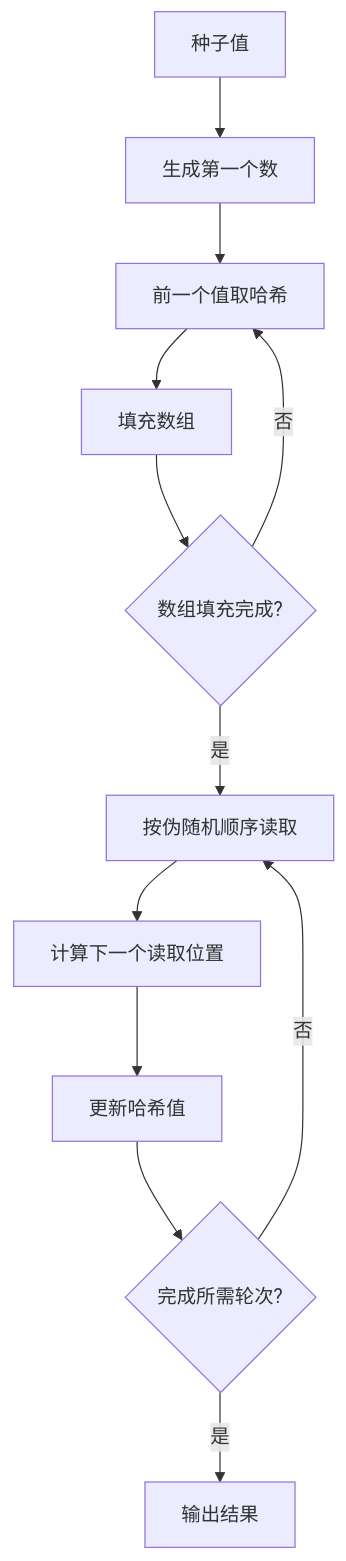
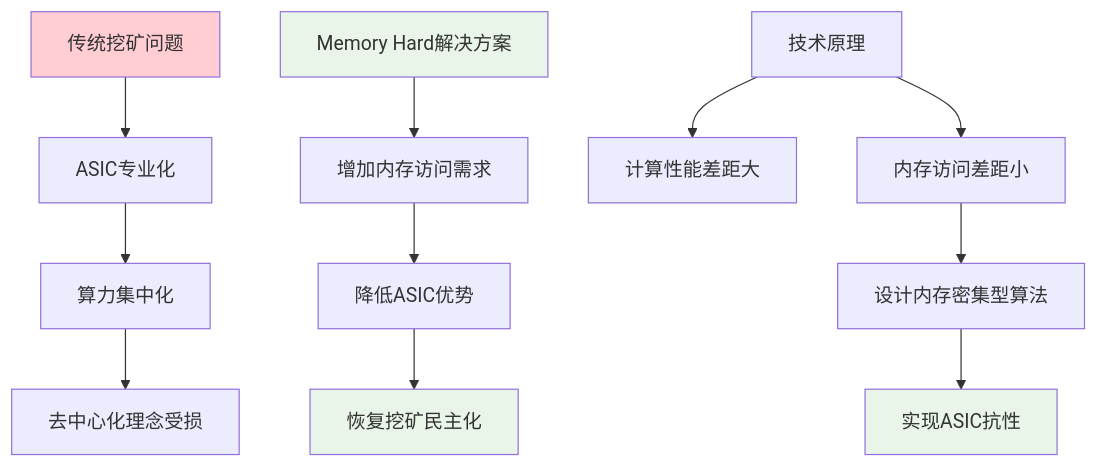
One commit to guoying2026/blockchain-tutorial changed the first of 3 diagrams in Docs/3——以太坊（ETH）/19——ETH-挖矿算法(Av37065233,P19).md. Above: the diagram before and after it, drawn with Mermaid. The commit also changed other lines of this file and 1 other file, not shown here.

````diff
--- a/Docs/3——以太坊（ETH）/19——ETH-挖矿算法(Av37065233,P19).md
+++ b/Docs/3——以太坊（ETH）/19——ETH-挖矿算法(Av37065233,P19).md
@@ -48,14 +36,20 @@
 ```mermaid
 graph TD
-    A[种子值] --> B[生成第一个数]
-    B --> C[前一个值取哈希]
-    C --> D[填充数组]
-    D --> E{数组填充完成?}
-    E -->|否| C
-    E -->|是| F[按伪随机顺序读取]
-    F --> G[计算下一个读取位置]
-    G --> H[更新哈希值]
-    H --> I{完成所需轮次?}
-    I -->|否| F
-    I -->|是| J[输出结果]
+    A[传统挖矿问题] --> B[ASIC专业化]
+    B --> C[算力集中化]
+    C --> D[去中心化理念受损]
+    
+    E[Memory Hard解决方案] --> F[增加内存访问需求]
+    F --> G[降低ASIC优势]
+    G --> H[恢复挖矿民主化]
+    
+    I[技术原理] --> J[计算性能差距大]
+    I --> K[内存访问差距小]
+    K --> L[设计内存密集型算法]
+    L --> M[实现ASIC抗性]
+    
+    style A fill:#ffcdd2
+    style E fill:#e8f5e8
+    style H fill:#e8f5e8
+    style M fill:#e8f5e8
 ```
````
